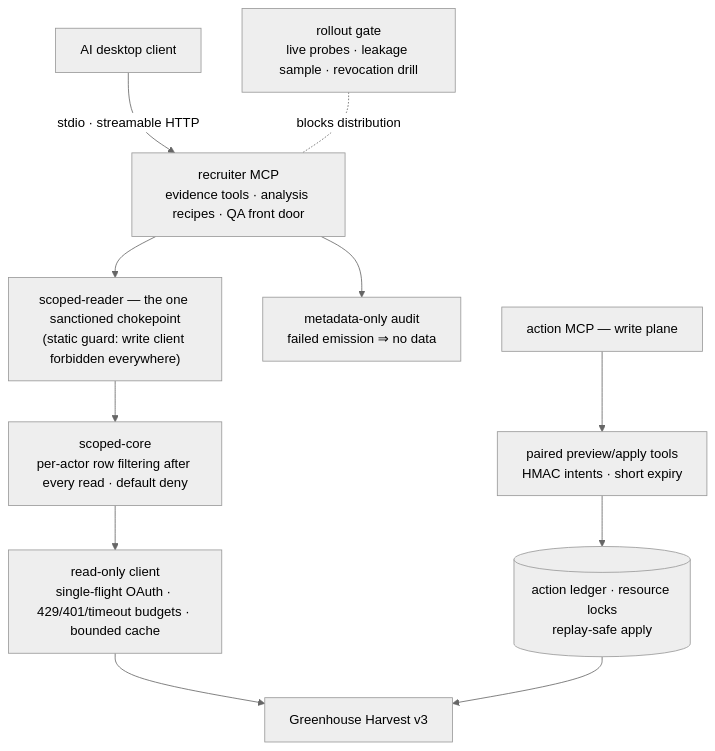
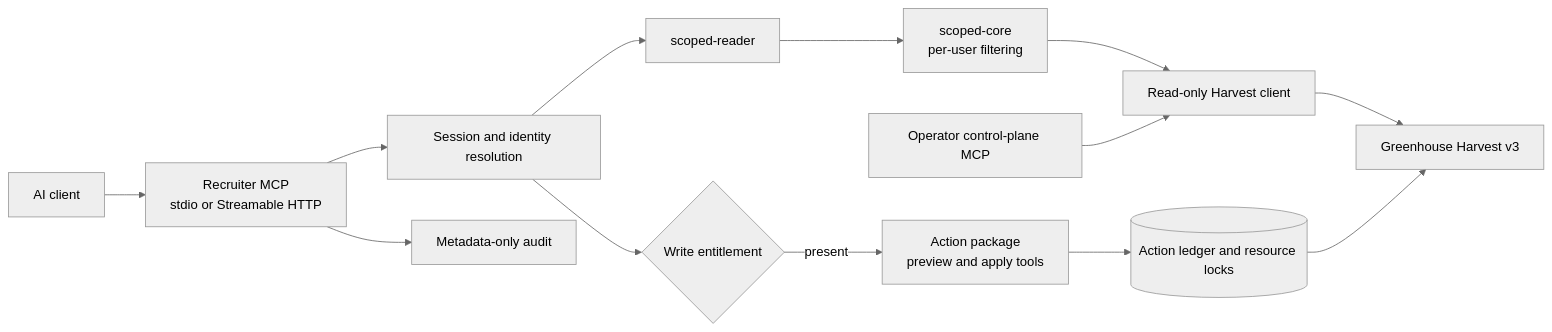
One commit to Turing-Recruitment/greenhouse-mcp changed the diagram in README.md. Above: the diagram before and after it, drawn with Mermaid (neutral theme). The commit also changed other lines of this file and 5 other files, not shown here.

````diff
--- a/README.md
+++ b/README.md
@@ -14,13 +14,15 @@
 ```mermaid
-flowchart TB
-    C[AI desktop client] -->|stdio · streamable HTTP| R[recruiter MCP<br/>evidence tools · analysis recipes · QA front door]
-    R --> CH["scoped-reader — the one sanctioned chokepoint<br/>(static guard: write client forbidden everywhere)"]
-    CH --> SC[scoped-core<br/>per-actor row filtering after every read · default deny]
-    SC --> RO[read-only client<br/>single-flight OAuth · 429/401/timeout budgets · bounded cache]
-    RO --> GH[Greenhouse Harvest v3]
-    R --> AU[metadata-only audit<br/>failed emission ⇒ no data]
-    W[action MCP — write plane] --> I[paired preview/apply tools<br/>HMAC intents · short expiry]
-    I --> L[(action ledger · resource locks<br/>replay-safe apply)]
+flowchart LR
+    C["AI client"] --> R["Recruiter MCP<br/>stdio or Streamable HTTP"]
+    R --> I["Session and identity resolution"]
+    I --> SR["scoped-reader"]
+    SR --> SC["scoped-core<br/>per-user filtering"]
+    SC --> RO["Read-only Harvest client"]
+    RO --> GH["Greenhouse Harvest v3"]
+    R --> AU["Metadata-only audit"]
+    I --> E{"Write entitlement"}
+    E -->|present| AP["Action package<br/>preview and apply tools"]
+    AP --> L[("Action ledger and resource locks")]
     L --> GH
-    G[rollout gate<br/>live probes · leakage sample · revocation drill] -.blocks distribution.- R
+    OP["Operator control-plane MCP"] --> RO
 ```
````
